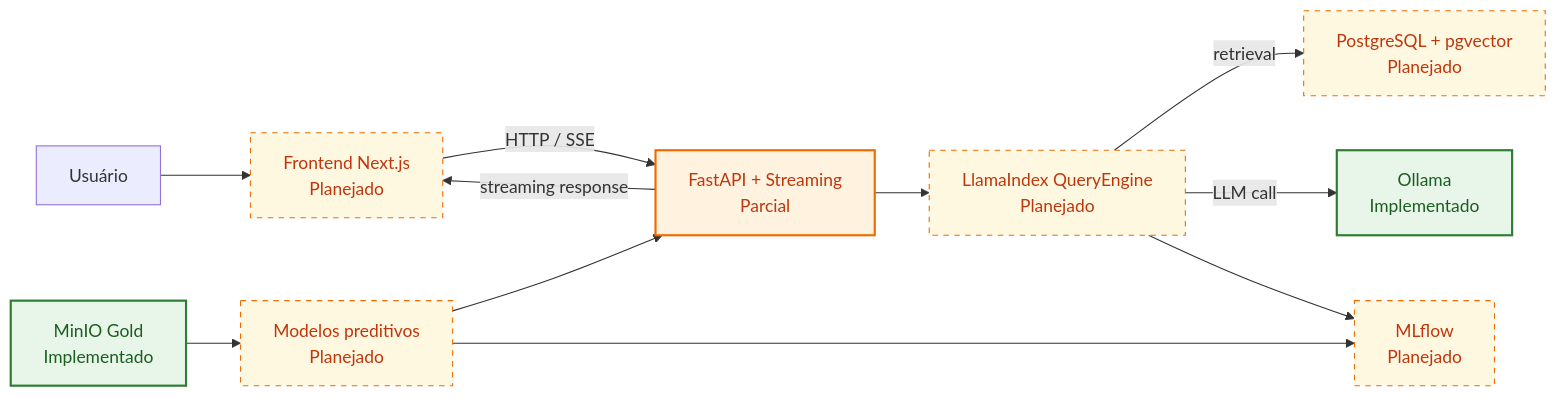
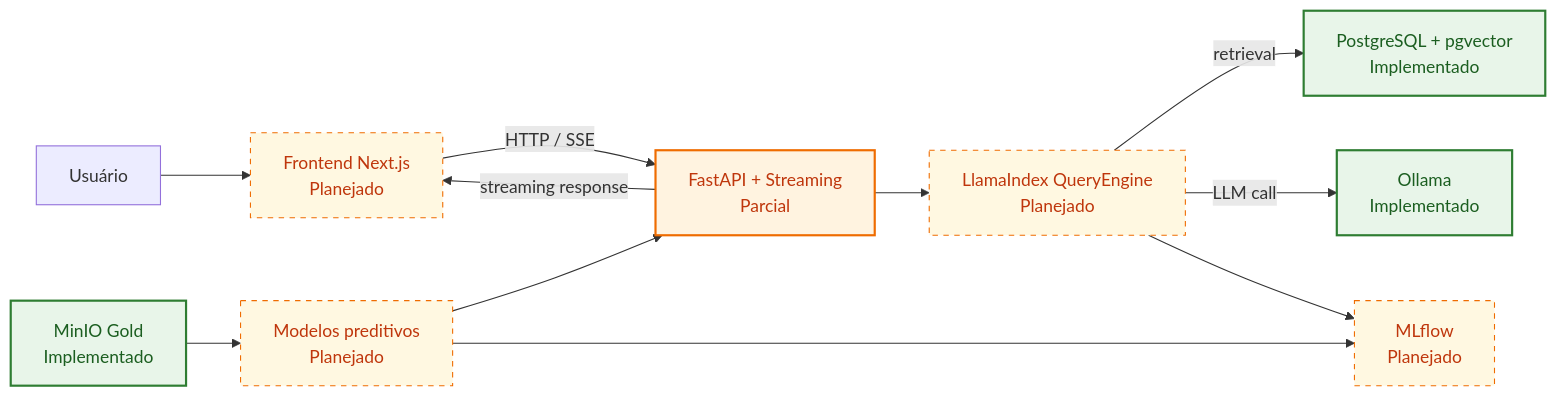
The fourth of 4 diagrams in README.md (pedroandrade03/rag-intelligence), drawn with Mermaid before and after one commit. The commit also changed other lines of this file and 23 other files, not shown here.

````diff
--- a/README.md
+++ b/README.md
@@ -160,29 +159,29 @@
 ```mermaid
 flowchart LR
     user["Usuário"]
     frontend["Frontend Next.js<br/>Planejado"]
     api["FastAPI + Streaming<br/>Parcial"]
     query["LlamaIndex QueryEngine<br/>Planejado"]
-    pgvector["PostgreSQL + pgvector<br/>Planejado"]
+    pgvector["PostgreSQL + pgvector<br/>Implementado"]
     ollama["Ollama<br/>Implementado"]
     gold["MinIO Gold<br/>Implementado"]
     models["Modelos preditivos<br/>Planejado"]
     mlflow["MLflow<br/>Planejado"]
 
     user --> frontend
     frontend -->|"HTTP / SSE"| api
     api --> query
     query -->|"retrieval"| pgvector
     query -->|"LLM call"| ollama
     api -->|"streaming response"| frontend
     gold --> models --> api
     query --> mlflow
     models --> mlflow
 
     classDef implemented fill:#e8f5e9,stroke:#2e7d32,color:#1b5e20,stroke-width:2px;
     classDef planned fill:#fff8e1,stroke:#ef6c00,color:#bf360c,stroke-dasharray: 5 5;
     classDef partial fill:#fff3e0,stroke:#ef6c00,color:#bf360c,stroke-width:2px;
-    class gold,ollama implemented;
+    class gold,pgvector,ollama implemented;
     class api partial;
-    class frontend,query,pgvector,models,mlflow planned;
+    class frontend,query,models,mlflow planned;
 ```
````
